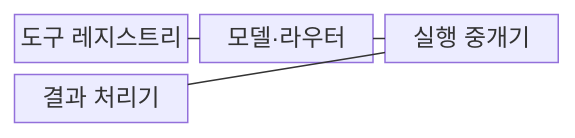
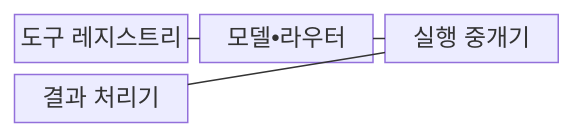
Before and after one commit to agnusdei1207/knowledge-base: the first of 2 diagrams in src/content/docs/notes/08-latest-tech/004_tool_use.md, drawn with Mermaid. The commit also changed other lines of this file and 953 other files, not shown here.

````diff
--- a/src/content/docs/notes/08-latest-tech/004_tool_use.md
+++ b/src/content/docs/notes/08-latest-tech/004_tool_use.md
@@ -66,11 +66,11 @@
 ```mermaid
 block-beta
     columns 3
     R["도구 레지스트리"]
-    M["모델·라우터"]
+    M["모델•라우터"]
     E["실행 중개기"]
     O["결과 처리기"]
     R --- M
     M --- E
     E --- O
 ```
````
